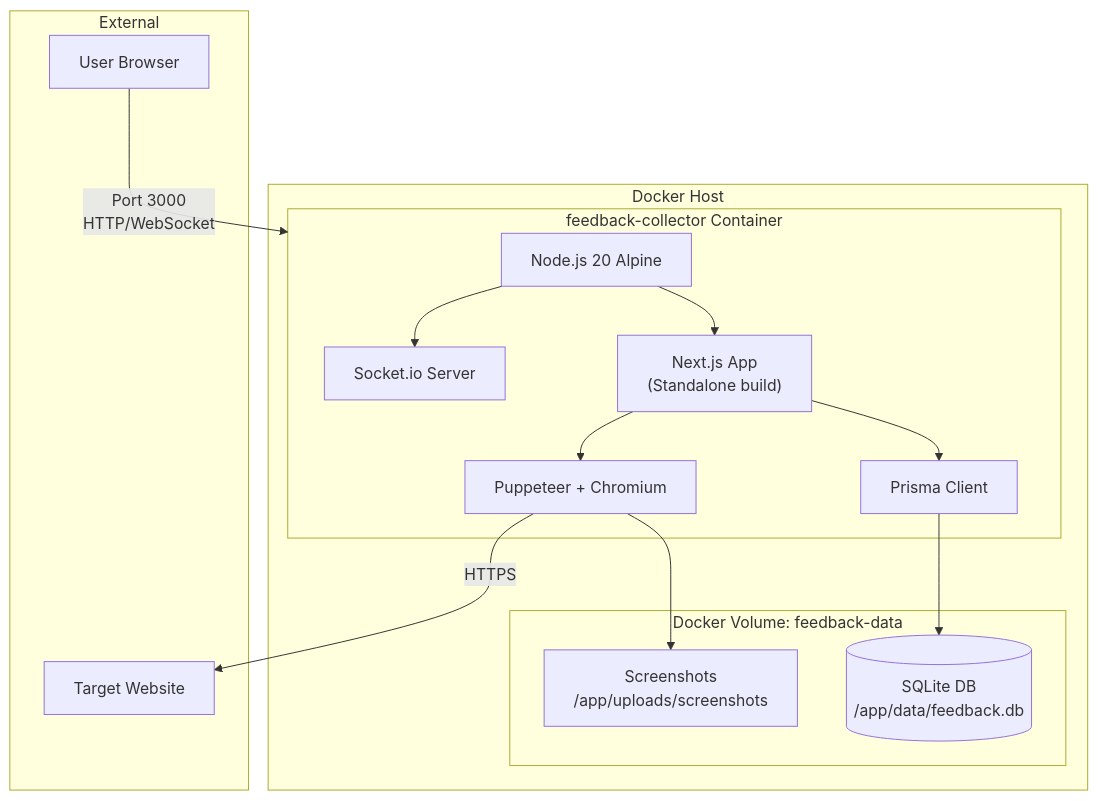
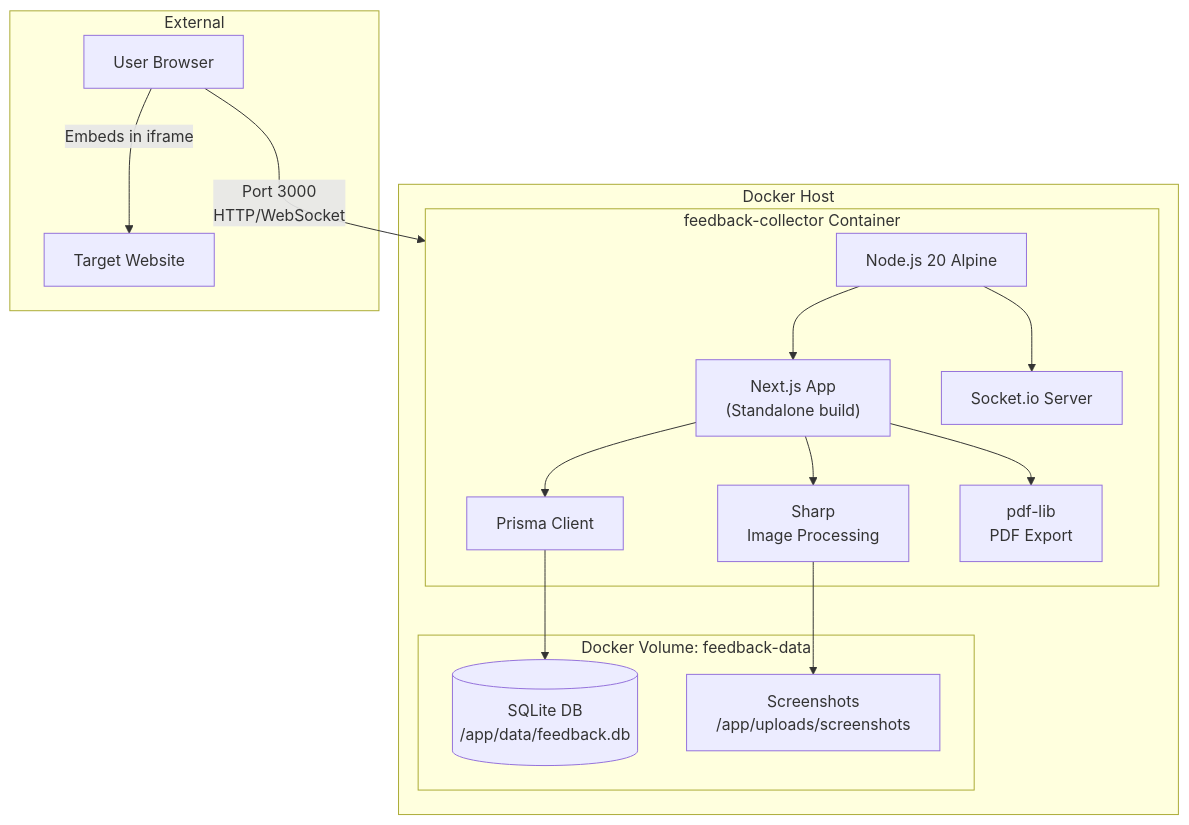
Before and after one commit to xKarinSan/SnapFeed: the tenth of 12 diagrams in docs/DIAGRAMS.md, drawn with Mermaid. The commit also changed other lines of this file and 6 other files, not shown here.

First line of the commit message:
feat: add PDF export with separate buttons for markdown and PDF

````diff
--- a/docs/DIAGRAMS.md
+++ b/docs/DIAGRAMS.md
@@ -558,32 +565,34 @@
 ```mermaid
 flowchart TB
     subgraph Host["Docker Host"]
         subgraph Container["feedback-collector Container"]
             node["Node.js 20 Alpine"]
             nextjs["Next.js App<br/>(Standalone build)"]
             socketio["Socket.io Server"]
             prisma["Prisma Client"]
-            puppeteer_lib["Puppeteer + Chromium"]
+            sharp["Sharp<br/>Image Processing"]
+            pdflib["pdf-lib<br/>PDF Export"]
         end
 
         subgraph Volume["Docker Volume: feedback-data"]
             sqlite[("SQLite DB<br/>/app/data/feedback.db")]
             uploads["Screenshots<br/>/app/uploads/screenshots"]
         end
 
         node --> nextjs
         node --> socketio
         nextjs --> prisma
+        nextjs --> sharp
+        nextjs --> pdflib
         prisma --> sqlite
-        nextjs --> puppeteer_lib
-        puppeteer_lib --> uploads
+        sharp --> uploads
     end
 
     subgraph External["External"]
         browser["User Browser"]
         target["Target Website"]
     end
 
     browser -->|"Port 3000<br/>HTTP/WebSocket"| Container
-    puppeteer_lib -->|"HTTPS"| target
+    browser -->|"Embeds in iframe"| target
 ```
````
